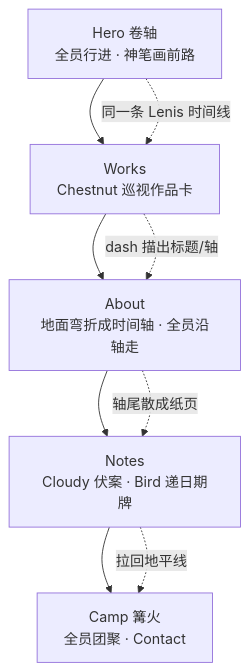
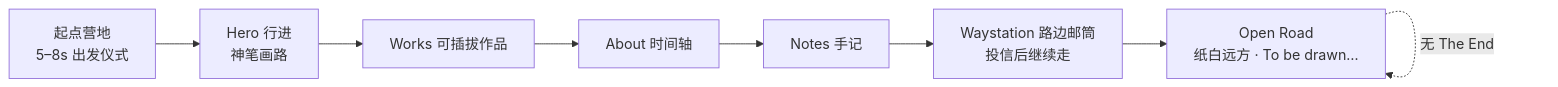
The diagram in 个人主页设计与开发方案.md (rulke/PersonalSite), drawn with Mermaid before and after one commit. The commit also changed other lines of this file and 1 other file, not shown here.

First line of the commit message:
present: 个人主页设计与开发方案.md (+1 source) — lucky 个人主页设计与开发方案 v1.2（起点营地 + 无终点 + 作品可插拔）

````diff
--- a/个人主页设计与开发方案.md
+++ b/个人主页设计与开发方案.md
@@ -610,12 +618,10 @@
 ```mermaid
-flowchart TD
-  A[Hero 卷轴<br/>全员行进 · 神笔画前路] --> B[Works<br/>Chestnut 巡视作品卡]
-  B --> C[About<br/>地面弯折成时间轴 · 全员沿轴走]
-  C --> D[Notes<br/>Cloudy 伏案 · Bird 递日期牌]
-  D --> E[Camp 篝火<br/>全员团聚 · Contact]
-
-  A -.同一条 Lenis 时间线.-> B
-  B -.dash 描出标题/轴.-> C
-  C -.轴尾散成纸页.-> D
-  D -.拉回地平线.-> E
+flowchart LR
+  A[起点营地<br/>5–8s 出发仪式] --> B[Hero 行进<br/>神笔画路]
+  B --> C[Works 可插拔作品]
+  C --> D[About 时间轴]
+  D --> E[Notes 手记]
+  E --> F[Waystation 路边邮筒<br/>投信后继续走]
+  F --> G[Open Road<br/>纸白远方 · To be drawn…]
+  G -.无 The End.-> G
 ```
````
